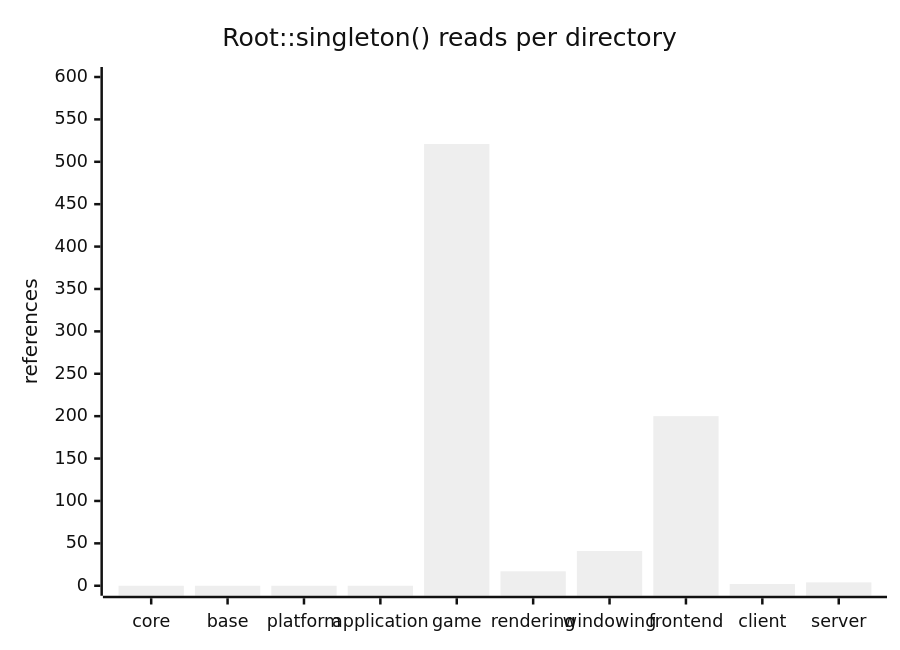
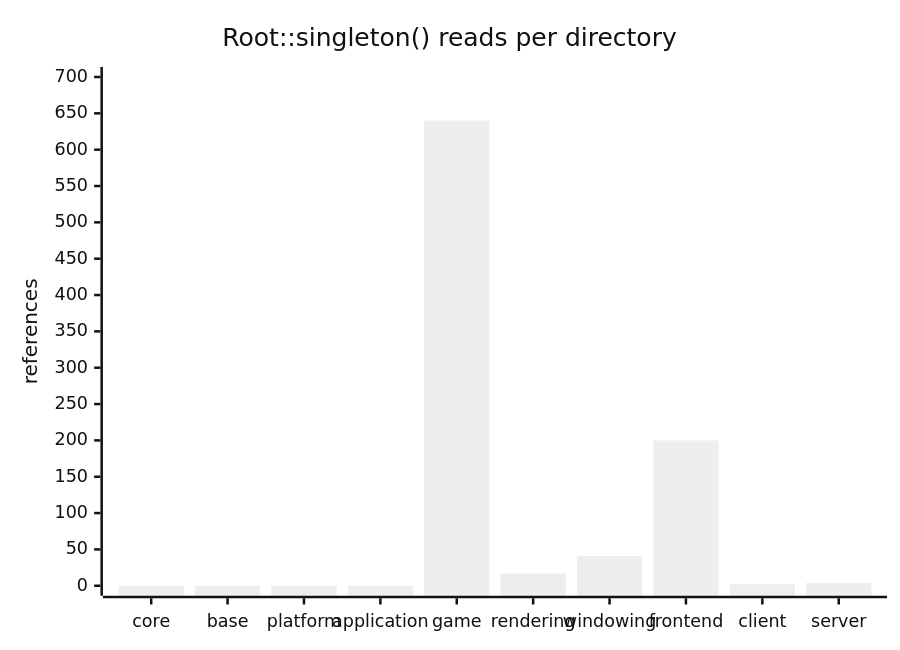
The ninth of 11 diagrams in docs/architecture/system-boundaries.md (apnex/OpenStarbound), drawn with Mermaid (neutral theme) before and after one commit. The commit also changed other lines of this file and 3 other files, not shown here.

````diff
--- a/docs/architecture/system-boundaries.md
+++ b/docs/architecture/system-boundaries.md
@@ -449,7 +560,7 @@
 ```mermaid
 xychart-beta
     title "Root::singleton() reads per directory"
     x-axis [core, base, platform, application, game, rendering, windowing, frontend, client, server]
-    y-axis "references" 0 --> 600
-    bar [0, 0, 0, 0, 521, 17, 41, 200, 2, 4]
+    y-axis "references" 0 --> 700
+    bar [0, 0, 0, 0, 640, 17, 41, 200, 2, 4]
 ```
````
